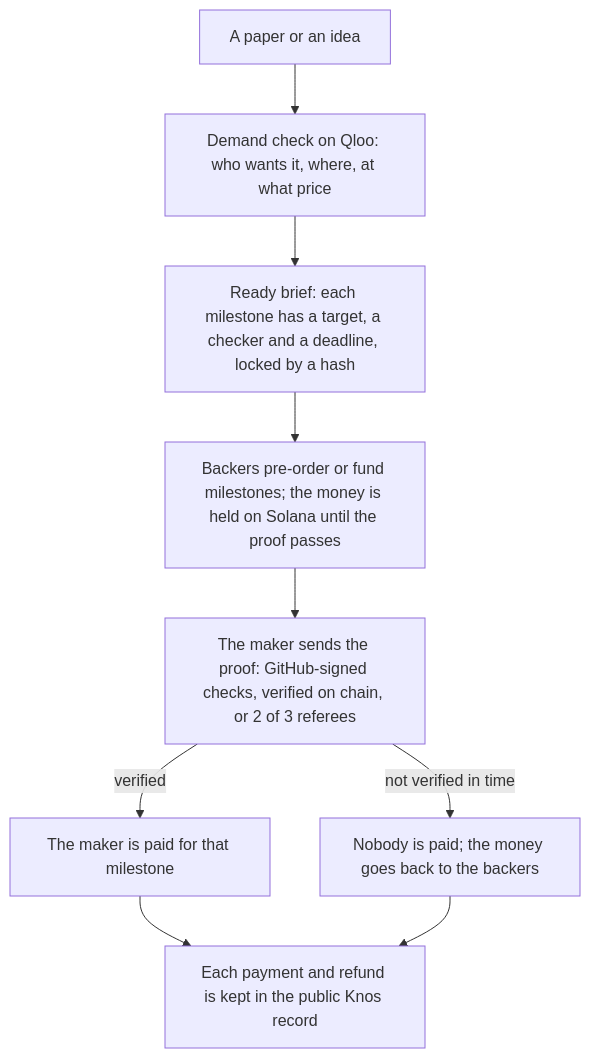
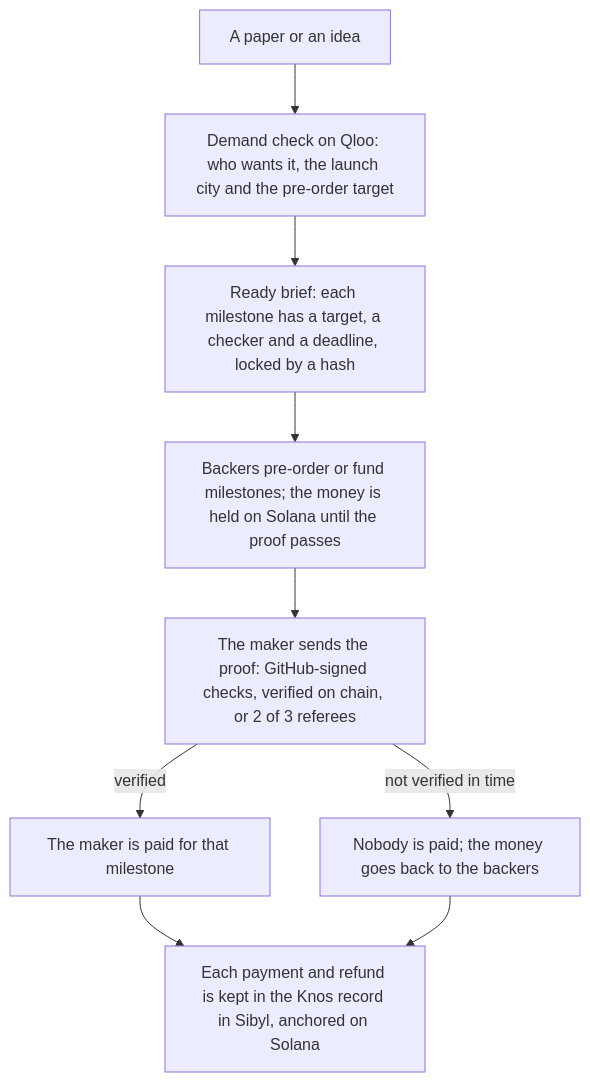
One commit to Lucho-design1/Knos changed the first of 2 diagrams in README.md. Above: the diagram before and after it, drawn with Mermaid. The commit also changed 3 other files, not shown here.

First line of the commit message:
The README's first diagram says what the demand check sets and where the record lives

````diff
--- a/README.md
+++ b/README.md
@@ -21,11 +21,11 @@
 ```mermaid
 flowchart TB
-    idea["A paper or an idea"] --> demand["Demand check on Qloo: who wants it, where, at what price"]
+    idea["A paper or an idea"] --> demand["Demand check on Qloo: who wants it, the launch city and the pre-order target"]
     demand --> ready["Ready brief: each milestone has a target, a checker and a deadline, locked by a hash"]
     ready --> held["Backers pre-order or fund milestones; the money is held on Solana until the proof passes"]
     held --> proof["The maker sends the proof: GitHub-signed checks, verified on chain, or 2 of 3 referees"]
     proof -->|verified| paid["The maker is paid for that milestone"]
     proof -->|not verified in time| back["Nobody is paid; the money goes back to the backers"]
-    paid --> record["Each payment and refund is kept in the public Knos record"]
+    paid --> record["Each payment and refund is kept in the Knos record in Sibyl, anchored on Solana"]
     back --> record
 ```
````
